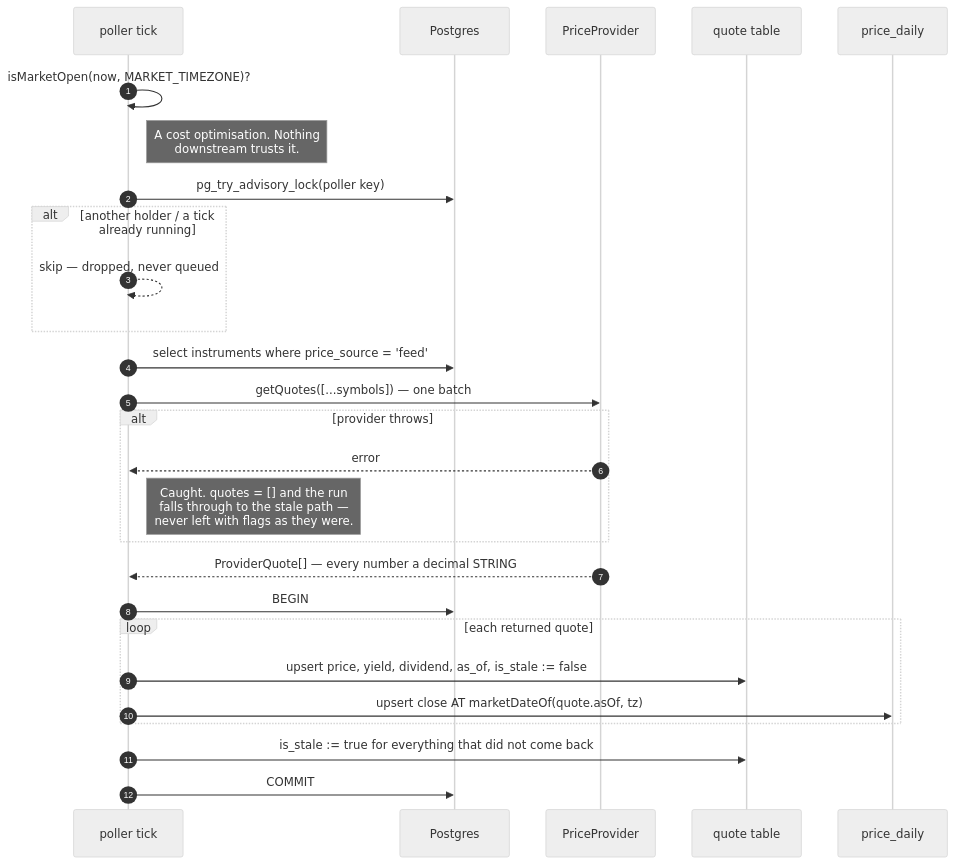
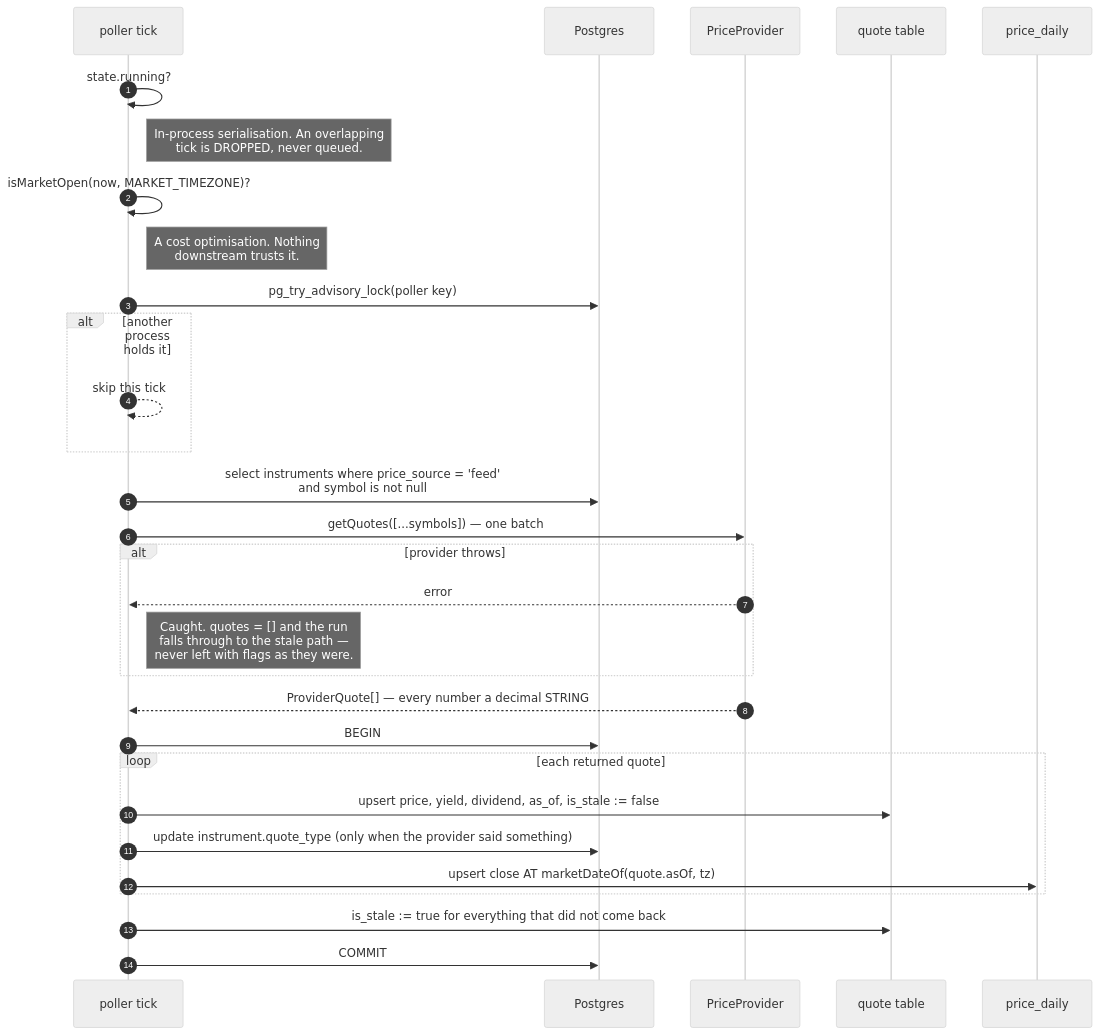
One commit to chethan123/portfolio changed the tenth of 10 diagrams in ARCHITECTURE.md. Above: the diagram before and after it, drawn with Mermaid (neutral theme). The commit also changed other lines of this file, not shown here.

````diff
--- a/ARCHITECTURE.md
+++ b/ARCHITECTURE.md
@@ -829,30 +966,33 @@
 ```mermaid
 sequenceDiagram
     autonumber
     participant T as poller tick
     participant PG as Postgres
     participant P as PriceProvider
     participant Q as quote table
     participant D as price_daily
 
+    T->>T: state.running?
+    Note right of T: In-process serialisation. An overlapping<br/>tick is DROPPED, never queued.
     T->>T: isMarketOpen(now, MARKET_TIMEZONE)?
     Note right of T: A cost optimisation. Nothing<br/>downstream trusts it.
     T->>PG: pg_try_advisory_lock(poller key)
-    alt another holder / a tick already running
-        T-->>T: skip — dropped, never queued
+    alt another process holds it
+        T-->>T: skip this tick
     end
-    T->>PG: select instruments where price_source = 'feed'
+    T->>PG: select instruments where price_source = 'feed'<br/>and symbol is not null
     T->>P: getQuotes([...symbols]) — one batch
     alt provider throws
         P-->>T: error
         Note right of T: Caught. quotes = [] and the run<br/>falls through to the stale path —<br/>never left with flags as they were.
     end
     P-->>T: ProviderQuote[] — every number a decimal STRING
     T->>PG: BEGIN
     loop each returned quote
         T->>Q: upsert price, yield, dividend, as_of, is_stale := false
+        T->>PG: update instrument.quote_type (only when the provider said something)
         T->>D: upsert close AT marketDateOf(quote.asOf, tz)
     end
     T->>Q: is_stale := true for everything that did not come back
     T->>PG: COMMIT
 ```
````
